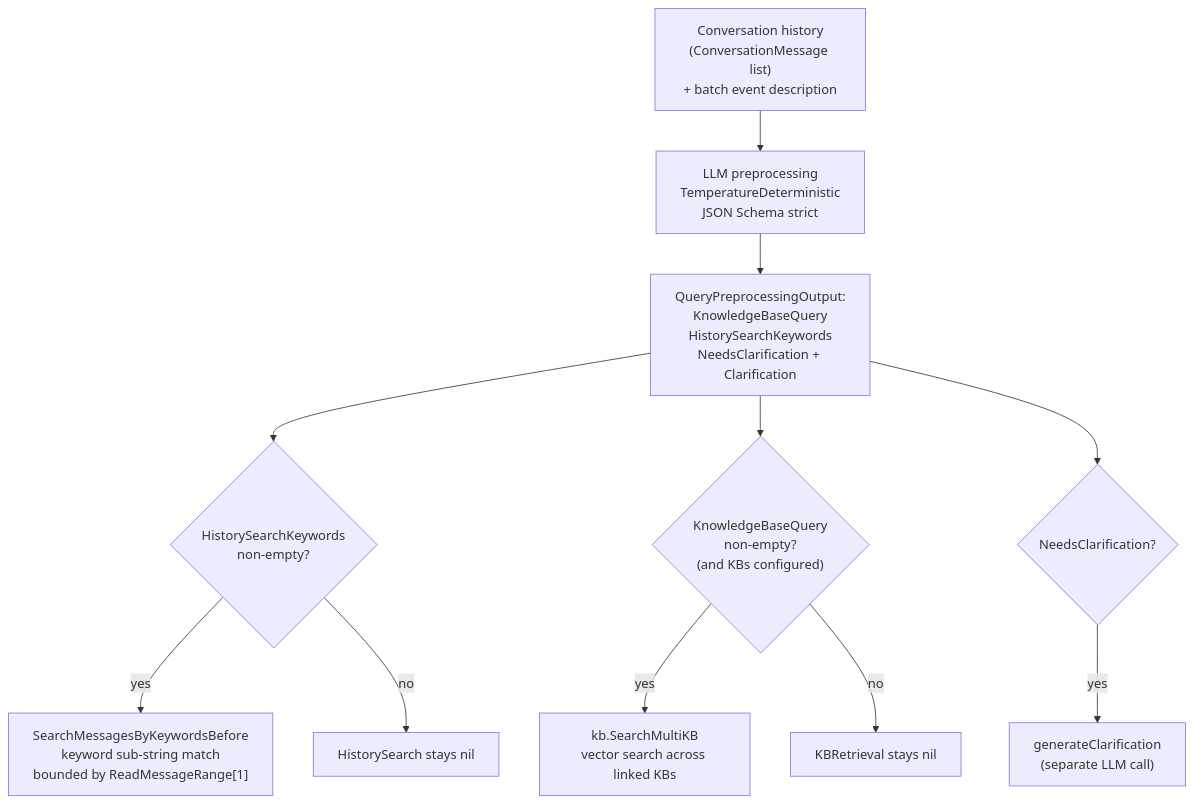
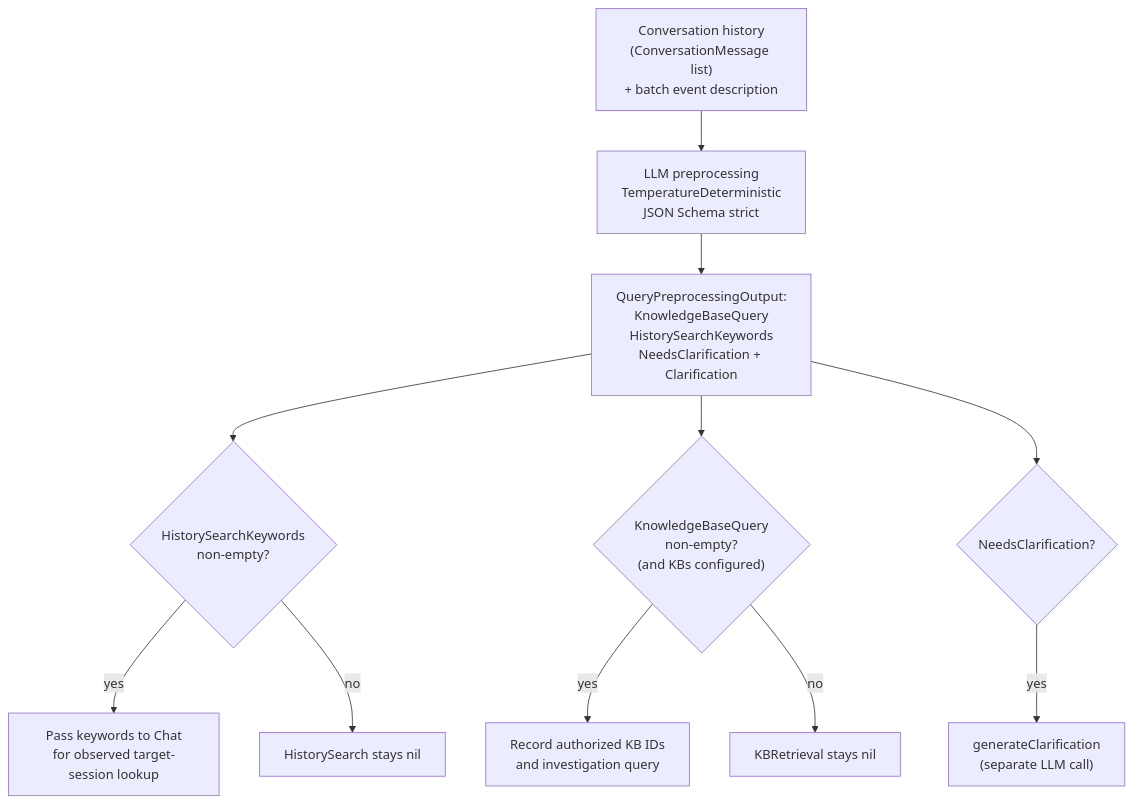
One commit to KoanJan/qingqiu-world changed the third of 9 diagrams in doc/engineering_implements/context-engineering-pipeline.md. Above: the diagram before and after it, drawn with Mermaid. The commit also changed other lines of this file and 83 other files, not shown here.

````diff
--- a/doc/engineering_implements/context-engineering-pipeline.md
+++ b/doc/engineering_implements/context-engineering-pipeline.md
@@ -95,13 +96,13 @@
 ```mermaid
 flowchart TD
     Input["Conversation history<br/>(ConversationMessage list)<br/>+ batch event description"] --> LLM["LLM preprocessing<br/>TemperatureDeterministic<br/>JSON Schema strict"]
     LLM --> Output["QueryPreprocessingOutput:<br/>KnowledgeBaseQuery<br/>HistorySearchKeywords<br/>NeedsClarification + Clarification"]
     Output --> KW{"HistorySearchKeywords<br/>non-empty?"}
-    KW -->|yes| Search["SearchMessagesByKeywordsBefore<br/>keyword sub-string match<br/>bounded by ReadMessageRange[1]"]
+    KW -->|yes| Search["Pass keywords to Chat<br/>for observed target-session lookup"]
     KW -->|no| NoHistory["HistorySearch stays nil"]
     Output --> KBQ{"KnowledgeBaseQuery<br/>non-empty?<br/>(and KBs configured)"}
-    KBQ -->|yes| KBS["kb.SearchMultiKB<br/>vector search across linked KBs"]
+    KBQ -->|yes| KBS["Record authorized KB IDs<br/>and investigation query"]
     KBQ -->|no| NoKB["KBRetrieval stays nil"]
     Output --> Clar{"NeedsClarification?"}
     Clar -->|yes| GenClar["generateClarification<br/>(separate LLM call)"]
 ```
````
